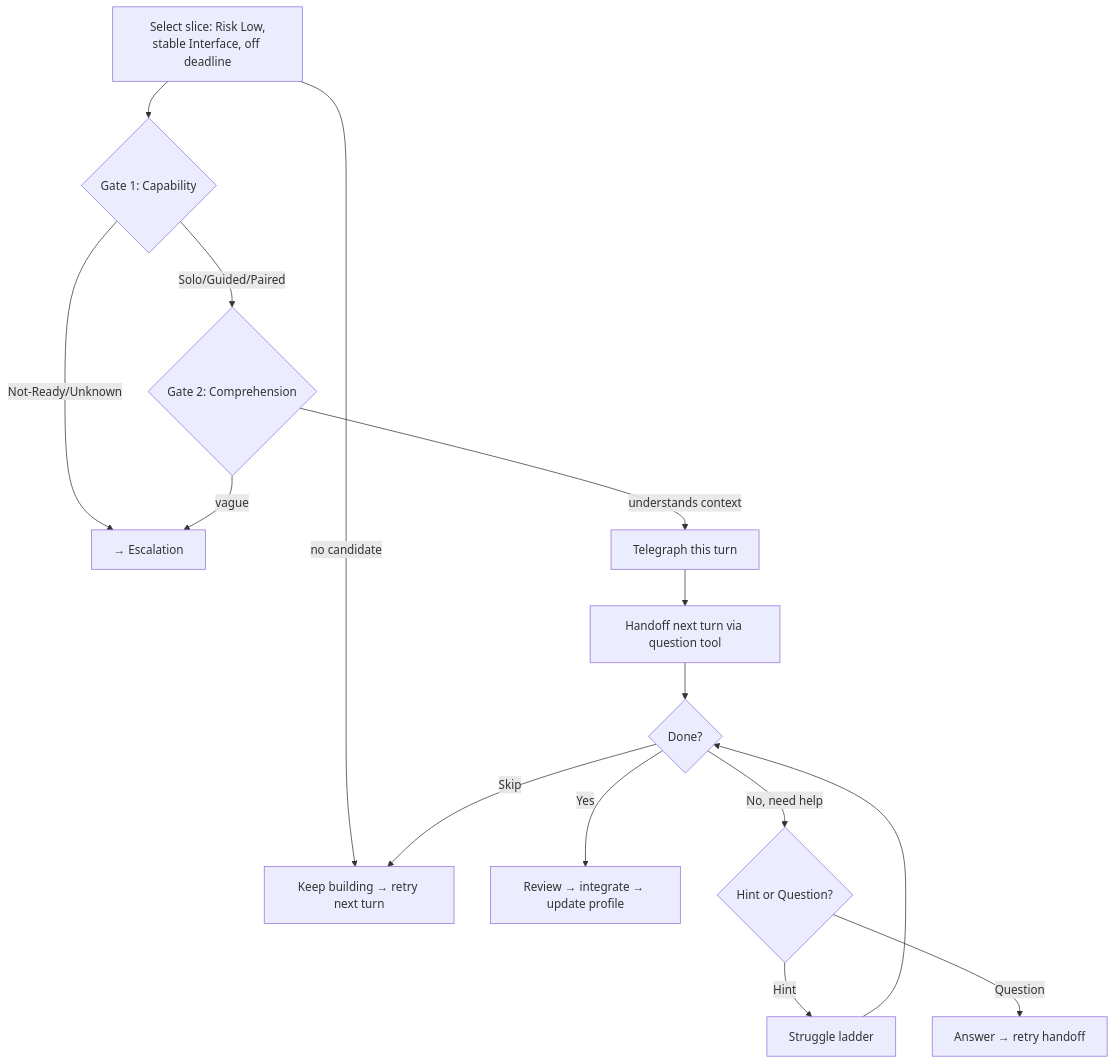
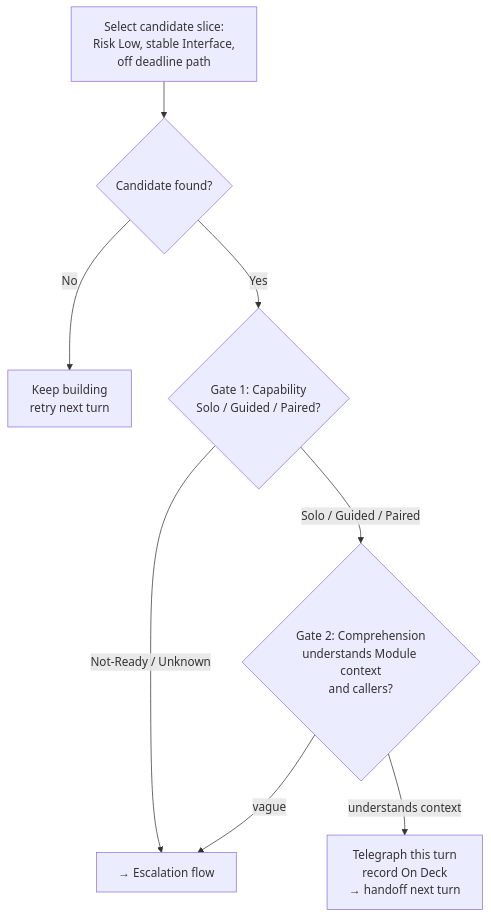
Before and after one commit to MegaByteMark/skills-to-pay-the-ai-bills: the third of 5 diagrams in skills/vibe-code-antidote/SKILL.md, drawn with Mermaid. The commit also changed other lines of this file, not shown here.

Commit message:
fix: updated mermaid diagrams to move visually match the flows expected from vibe-code-antidote

````diff
--- a/skills/vibe-code-antidote/SKILL.md
+++ b/skills/vibe-code-antidote/SKILL.md
@@ -82,18 +83,10 @@
 ```mermaid
 flowchart TD
-    SELECT[Select slice: Risk Low,<br>stable Interface, off deadline]
-    SELECT -->|no candidate| KEEP[Keep building → retry next turn]
-    SELECT --> G1{Gate 1: Capability}
-    G1 -->|Solo/Guided/Paired| G2{Gate 2: Comprehension}
-    G1 -->|Not-Ready/Unknown| ESC[→ Escalation]
-    G2 -->|understands context| TELE[Telegraph this turn]
+    SELECT[Select candidate slice:<br>Risk Low, stable Interface,<br>off deadline path] --> FOUND{Candidate found?}
+    FOUND -->|No| KEEP[Keep building<br>retry next turn]
+    FOUND -->|Yes| G1{Gate 1: Capability<br>Solo / Guided / Paired?}
+    G1 -->|Not-Ready / Unknown| ESC[→ Escalation flow]
+    G1 -->|Solo / Guided / Paired| G2{Gate 2: Comprehension<br>understands Module context<br>and callers?}
     G2 -->|vague| ESC
-    TELE --> HO[Handoff next turn via question tool]
-    HO --> DONE{Done?}
-    DONE -->|Yes| REVIEW[Review → integrate → update profile]
-    DONE -->|No, need help| HINT{Hint or Question?}
-    HINT -->|Hint| LADDER[Struggle ladder]
-    HINT -->|Question| ANS[Answer → retry handoff]
-    DONE -->|Skip| KEEP
-    LADDER --> DONE
+    G2 -->|understands context| TELE[Telegraph this turn<br>record On Deck<br>→ handoff next turn]
 ```
````
